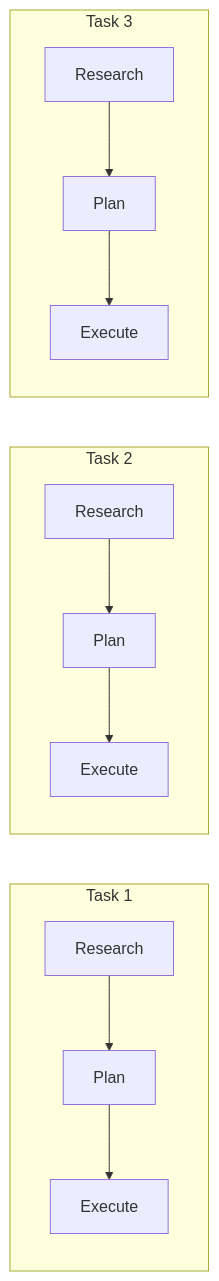
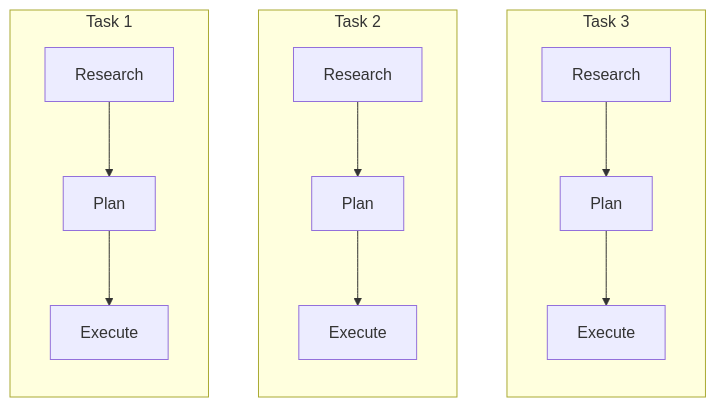
One commit to michael-elkabetz/features changed the first of 3 diagrams in README.md. Above: the diagram before and after it, drawn with Mermaid.

````diff
--- a/README.md
+++ b/README.md
@@ -61,12 +61,16 @@
 ```mermaid
 flowchart LR
     subgraph task1 ["Task 1"]
+        direction TB
         R1["Research"] --> P1["Plan"] --> E1["Execute"]
     end
     subgraph task2 ["Task 2"]
+        direction TB
         R2["Research"] --> P2["Plan"] --> E2["Execute"]
     end
     subgraph task3 ["Task 3"]
+        direction TB
         R3["Research"] --> P3["Plan"] --> E3["Execute"]
     end
+    R1 ~~~ R2 ~~~ R3
 ```
````
